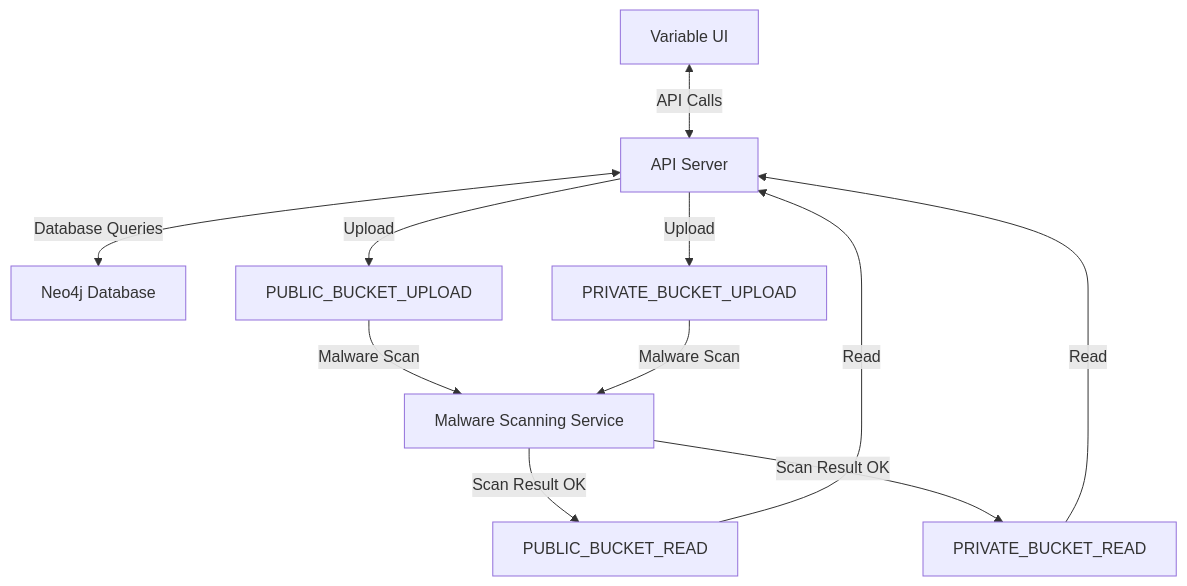
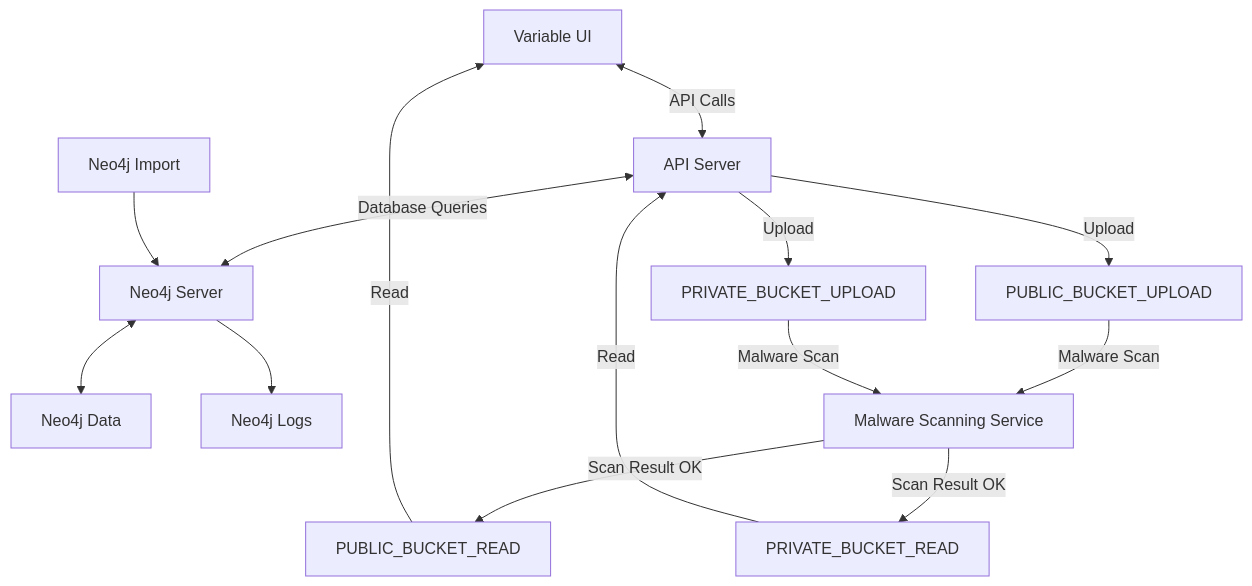
The diagram in docs/self-hosted.mdx (variable-co/api-documentation), drawn with Mermaid before and after one commit.

Commit message:
update flowchart

````diff
--- a/docs/self-hosted.mdx
+++ b/docs/self-hosted.mdx
@@ -61,13 +61,16 @@
 ```mermaid
 flowchart TD
-    A[Variable UI] <-->|API Calls| B[API Server]
-    B <-->|Database Queries| C[Neo4j Database]
-    B -->|Upload| D[PUBLIC_BUCKET_UPLOAD]
-    B -->|Upload| E[PRIVATE_BUCKET_UPLOAD]
-    F[PUBLIC_BUCKET_READ] -->|Read| B
-    G[PRIVATE_BUCKET_READ] -->|Read| B
-    D -->|Malware Scan| H[Malware Scanning Service]
-    E -->|Malware Scan| H
-    H -->|Scan Result OK| F
-    H -->|Scan Result OK| G
+    UI[Variable UI] <-->|API Calls| API[API Server]
+    API <-->|Database Queries| DB[Neo4j Server]
+    DB <--> DBD[Neo4j Data]
+    DB --> DBL[Neo4j Logs]
+    DBI[Neo4j Import] --> DB
+    API -->|Upload| PBU[PUBLIC_BUCKET_UPLOAD]
+    API -->|Upload| PRU[PRIVATE_BUCKET_UPLOAD]
+    PUR[PUBLIC_BUCKET_READ] -->|Read| UI
+    PRR[PRIVATE_BUCKET_READ] -->|Read| API
+    PBU -->|Malware Scan| MSS[Malware Scanning Service]
+    PRU -->|Malware Scan| MSS
+    MSS -->|Scan Result OK| PUR
+    MSS -->|Scan Result OK| PRR
 ```
````
